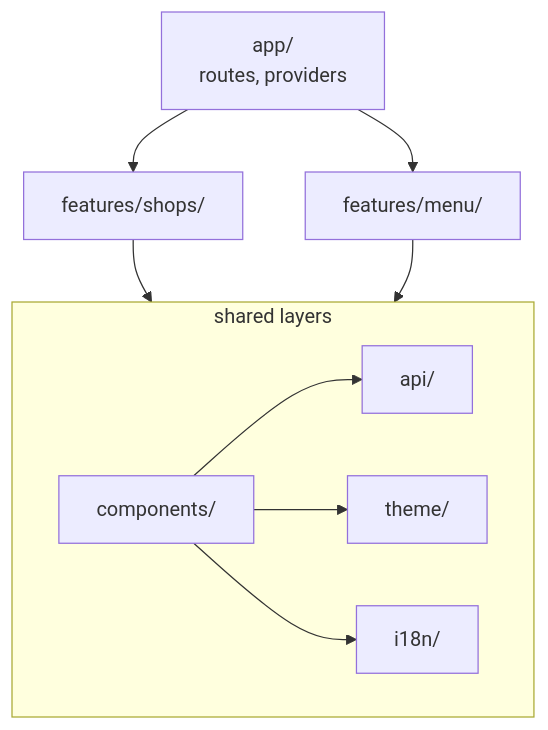
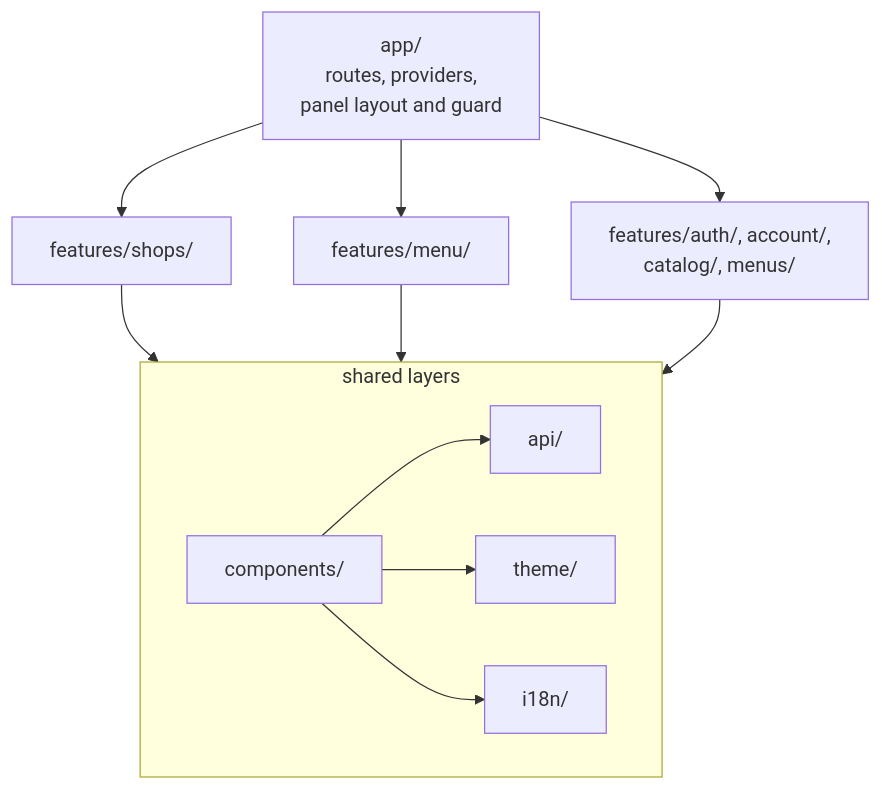
Before and after one commit to landoicco/itacatl: the third of 3 diagrams in docs/architecture.md, drawn with Mermaid. The commit also changed other lines of this file and 6 other files, not shown here.

````diff
--- a/docs/architecture.md
+++ b/docs/architecture.md
@@ -75,12 +75,14 @@
 ```mermaid
 flowchart TD
-    app[app/<br/>routes, providers] --> shops[features/shops/]
+    app[app/<br/>routes, providers,<br/>panel layout and guard] --> shops[features/shops/]
     app --> menu[features/menu/]
+    app --> panel[features/auth/, account/,<br/>catalog/, menus/]
     shops --> shared
     menu --> shared
+    panel --> shared
     subgraph shared [shared layers]
         components[components/] --> api[api/]
         components --> theme[theme/]
         components --> i18n[i18n/]
     end
 ```
````
